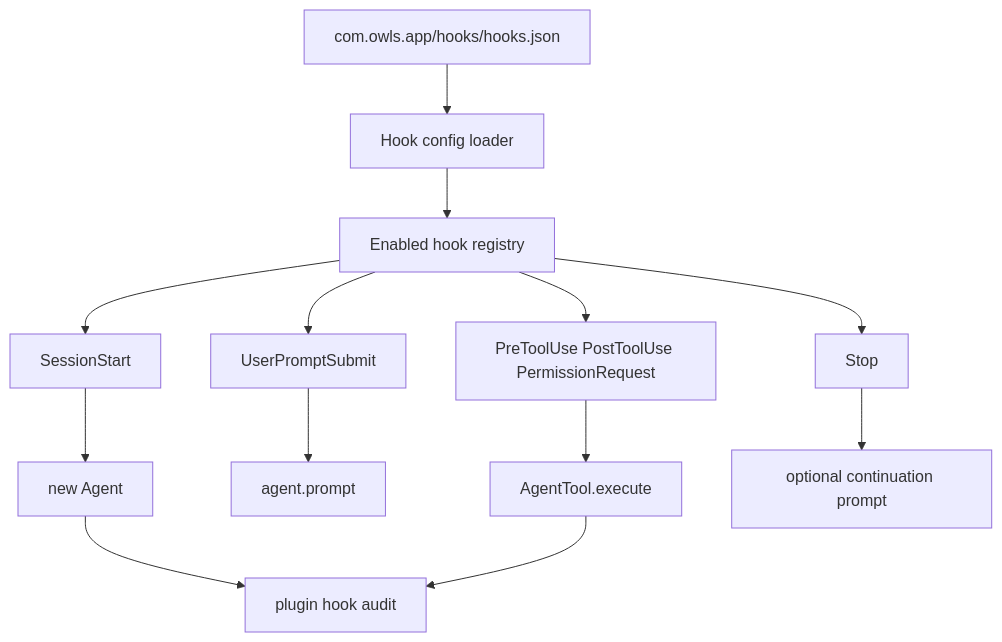
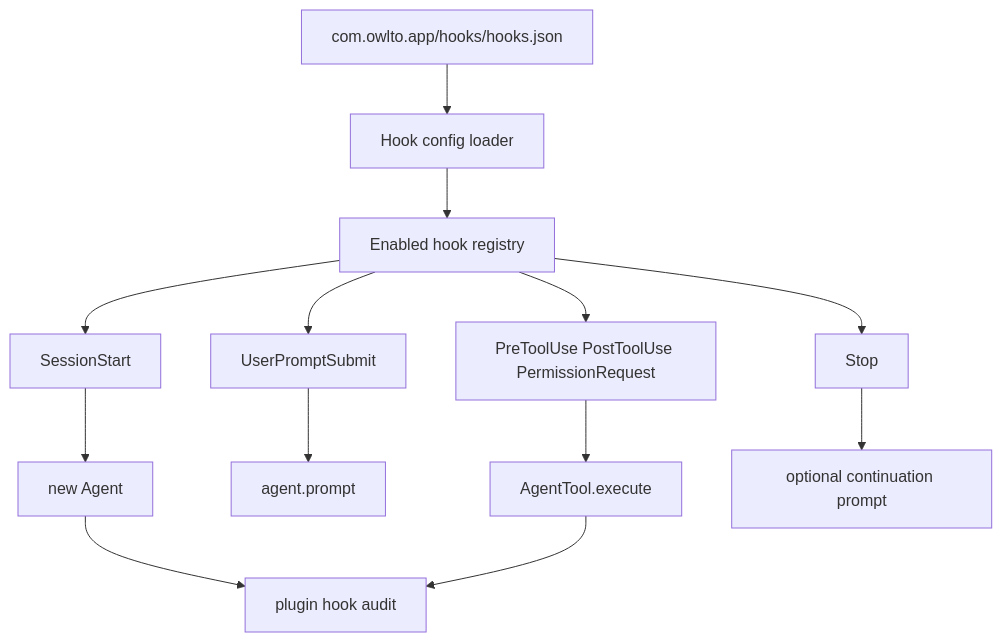
One commit to jackeydou/Owls changed the first of 3 diagrams in docs/CODEX_AGENT_HOOKS.md. Above: the diagram before and after it, drawn with Mermaid. The commit also changed other lines of this file and 1127 other files, not shown here.

First line of the commit message:
chore: rename Owls to Owlto

````diff
--- a/docs/CODEX_AGENT_HOOKS.md
+++ b/docs/CODEX_AGENT_HOOKS.md
@@ -167,15 +167,15 @@
 ```mermaid
 flowchart TD
-  owlsExtension["com.owls.app/hooks/hooks.json"] --> hookConfigLoader["Hook config loader"]
+  owltoExtension["com.owlto.app/hooks/hooks.json"] --> hookConfigLoader["Hook config loader"]
   hookConfigLoader --> hookRegistry["Enabled hook registry"]
   hookRegistry --> sessionInterceptor["SessionStart"]
   hookRegistry --> promptInterceptor["UserPromptSubmit"]
   hookRegistry --> toolWrapper["PreToolUse PostToolUse PermissionRequest"]
   hookRegistry --> stopInterceptor["Stop"]
   sessionInterceptor --> agentRuntime["new Agent"]
   promptInterceptor --> agentPrompt["agent.prompt"]
   toolWrapper --> agentTools["AgentTool.execute"]
   stopInterceptor --> continuation["optional continuation prompt"]
   agentRuntime --> auditLog["plugin hook audit"]
   agentTools --> auditLog
 ```
````
